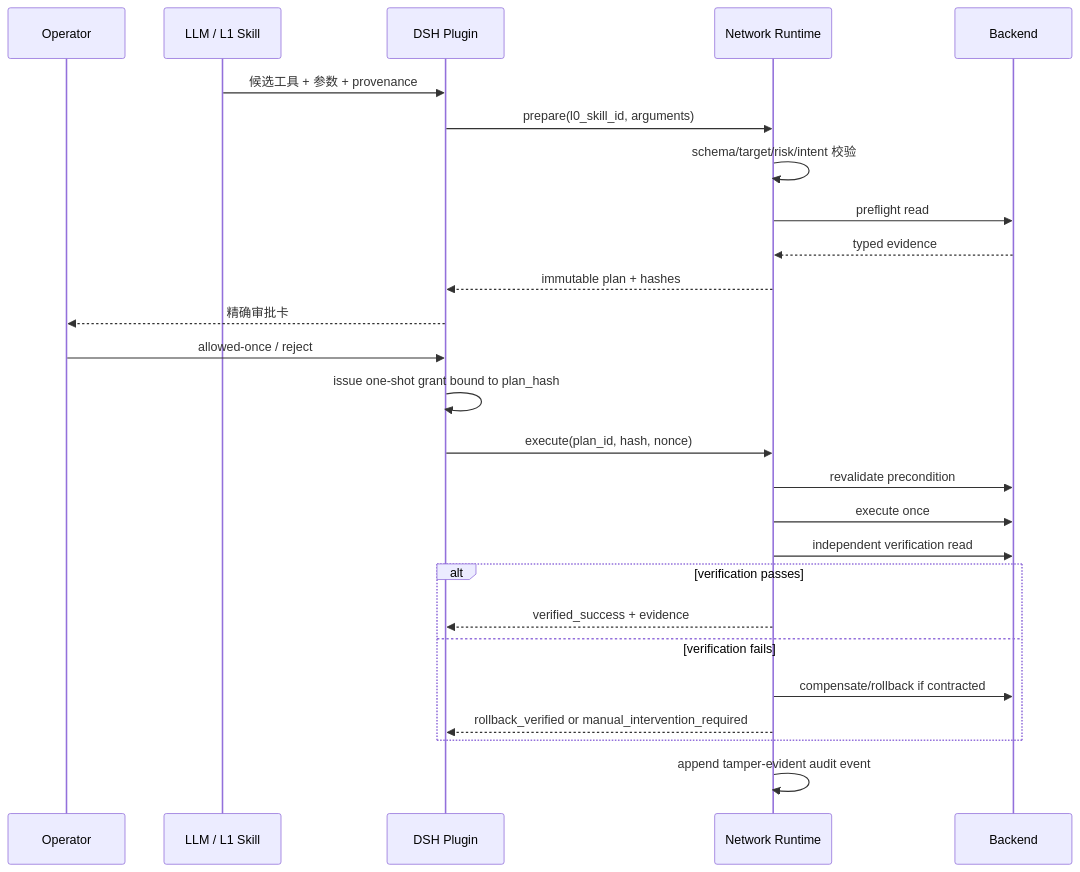
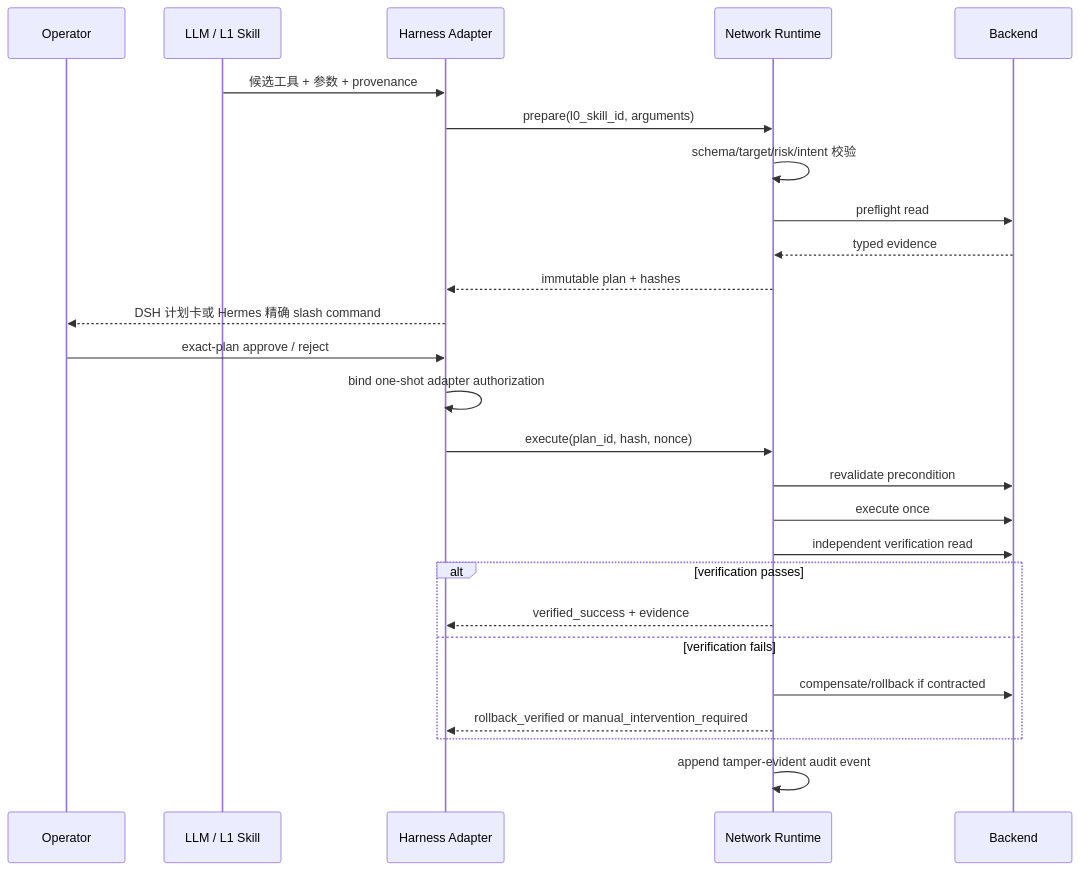
The second of 2 diagrams in HLD.md (kevinyjk25/NetOpYuAgent), drawn with Mermaid before and after one commit. The commit also changed other lines of this file and 18 other files, not shown here.

Commit message:
L0 harness adapter for Hermes

````diff
--- a/HLD.md
+++ b/HLD.md
@@ -61,29 +61,29 @@
 ```mermaid
 sequenceDiagram
     participant U as Operator
     participant M as LLM / L1 Skill
-    participant D as DSH Plugin
+    participant D as Harness Adapter
     participant R as Network Runtime
     participant B as Backend
 
     M->>D: 候选工具 + 参数 + provenance
     D->>R: prepare(l0_skill_id, arguments)
     R->>R: schema/target/risk/intent 校验
     R->>B: preflight read
     B-->>R: typed evidence
     R-->>D: immutable plan + hashes
-    D-->>U: 精确审批卡
-    U->>D: allowed-once / reject
-    D->>D: issue one-shot grant bound to plan_hash
+    D-->>U: DSH 计划卡或 Hermes 精确 slash command
+    U->>D: exact-plan approve / reject
+    D->>D: bind one-shot adapter authorization
     D->>R: execute(plan_id, hash, nonce)
     R->>B: revalidate precondition
     R->>B: execute once
     R->>B: independent verification read
     alt verification passes
         R-->>D: verified_success + evidence
     else verification fails
         R->>B: compensate/rollback if contracted
         R-->>D: rollback_verified or manual_intervention_required
     end
     R->>R: append tamper-evident audit event
 ```
````
